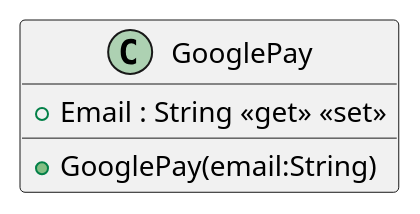
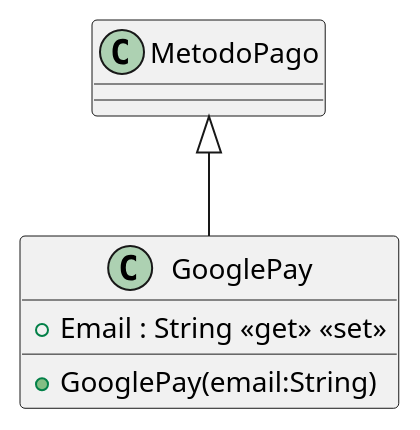
One commit to ISII2627LosElnes/ISII2627LosElnes changed the diagram in src/AppForSEII.API/ClassDiagram/GooglePay.puml. Above: the diagram before and after it, drawn with PlantUML. The commit also changed 1 other file, not shown here.

Commit message:
Corrección de la herencia de las clases google pay y paypal con respe… (#115)
Corrección de la herencia de las clases google pay y paypal con respecto metododepago

```diff
--- a/src/AppForSEII.API/ClassDiagram/GooglePay.puml
+++ b/src/AppForSEII.API/ClassDiagram/GooglePay.puml
@@ -1,6 +1,7 @@
 @startuml
 class GooglePay {
     + GooglePay(email:String)
     + Email : String <<get>> <<set>>
 }
+MetodoPago <|-- GooglePay
 @enduml
```
